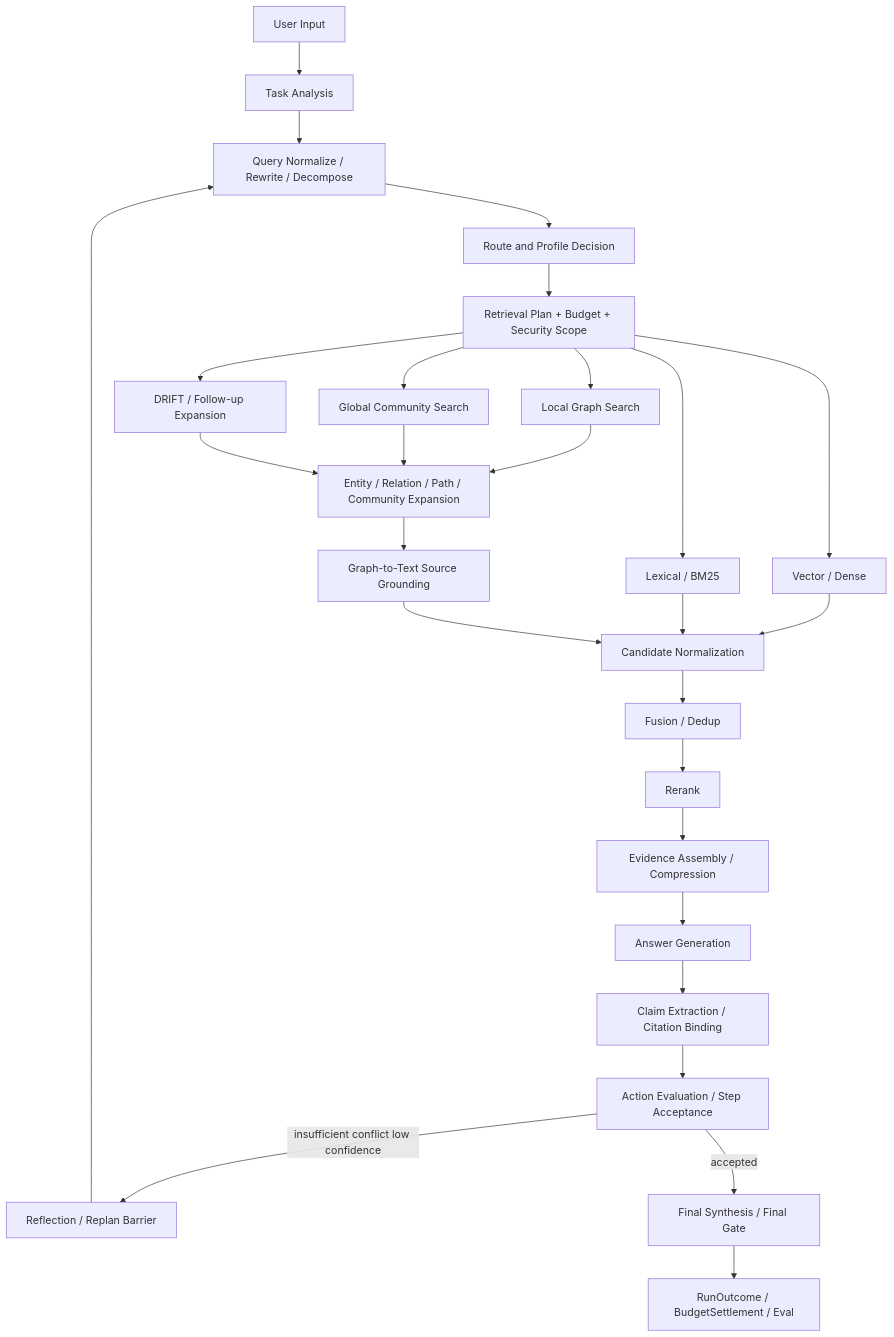
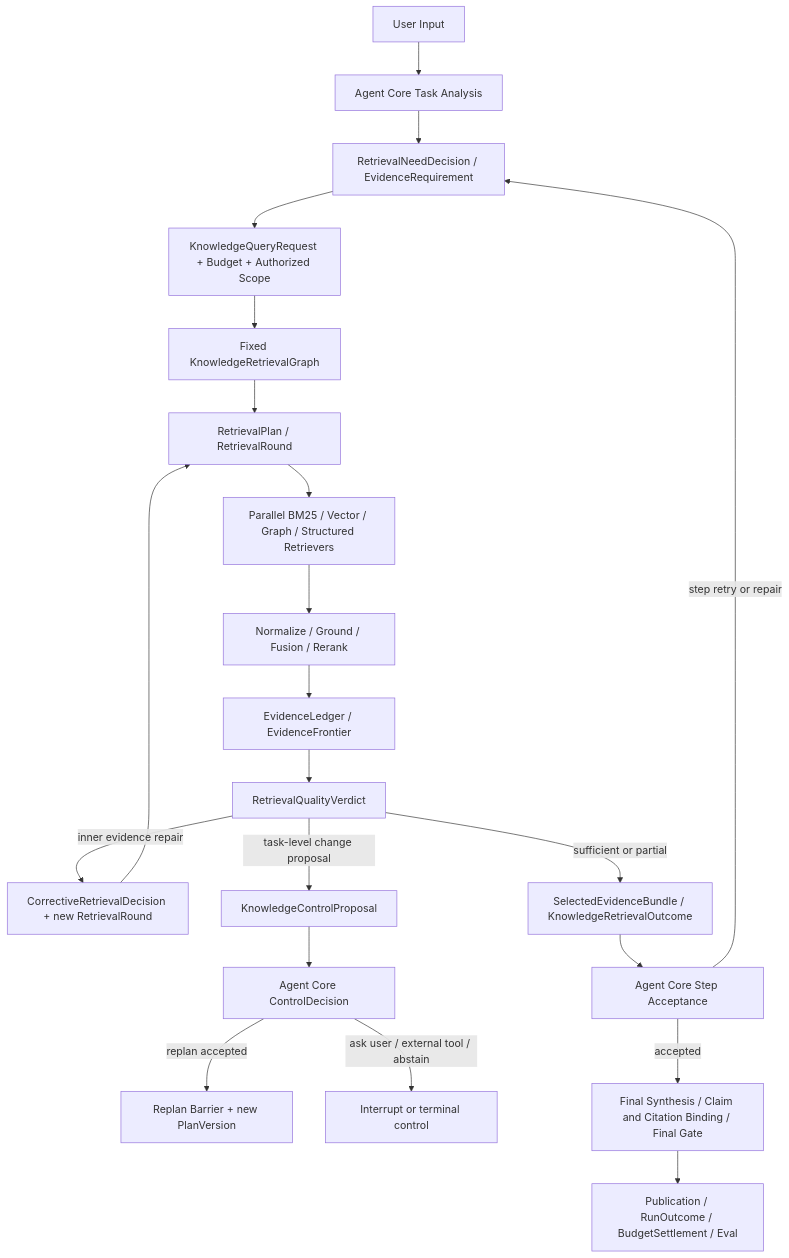
One commit to ProfessorZhi/Zuno changed the second of 2 diagrams in docs/modules/10-observability-eval.md. Above: the diagram before and after it, drawn with Mermaid. The commit also changed other lines of this file and 22 other files, not shown here.

Commit message:
docs: realign total architecture with canonical modules

````diff
--- a/docs/modules/10-observability-eval.md
+++ b/docs/modules/10-observability-eval.md
@@ -305,29 +305,23 @@
 ```mermaid
 flowchart TD
-  A[User Input] --> B[Task Analysis]
-  B --> C[Query Normalize / Rewrite / Decompose]
-  C --> D[Route and Profile Decision]
-  D --> E[Retrieval Plan + Budget + Security Scope]
-  E --> F1[Vector / Dense]
-  E --> F2[Lexical / BM25]
-  E --> F3[Local Graph Search]
-  E --> F4[Global Community Search]
-  E --> F5[DRIFT / Follow-up Expansion]
-  F3 --> G[Entity / Relation / Path / Community Expansion]
-  F4 --> G
-  F5 --> G
-  F1 --> H[Candidate Normalization]
-  F2 --> H
-  G --> I[Graph-to-Text Source Grounding]
-  I --> H
-  H --> J[Fusion / Dedup]
-  J --> K[Rerank]
-  K --> L[Evidence Assembly / Compression]
-  L --> M[Answer Generation]
-  M --> N[Claim Extraction / Citation Binding]
-  N --> O[Action Evaluation / Step Acceptance]
-  O -->|insufficient conflict low confidence| P[Reflection / Replan Barrier]
-  P --> C
-  O -->|accepted| Q[Final Synthesis / Final Gate]
-  Q --> R[RunOutcome / BudgetSettlement / Eval]
+  A[User Input] --> B[Agent Core Task Analysis]
+  B --> C[RetrievalNeedDecision / EvidenceRequirement]
+  C --> D[KnowledgeQueryRequest + Budget + Authorized Scope]
+  D --> E[Fixed KnowledgeRetrievalGraph]
+  E --> F[RetrievalPlan / RetrievalRound]
+  F --> G[Parallel BM25 / Vector / Graph / Structured Retrievers]
+  G --> H[Normalize / Ground / Fusion / Rerank]
+  H --> I[EvidenceLedger / EvidenceFrontier]
+  I --> J[RetrievalQualityVerdict]
+  J -->|inner evidence repair| K[CorrectiveRetrievalDecision + new RetrievalRound]
+  K --> F
+  J -->|sufficient or partial| L[SelectedEvidenceBundle / KnowledgeRetrievalOutcome]
+  J -->|task-level change proposal| M[KnowledgeControlProposal]
+  L --> N[Agent Core Step Acceptance]
+  M --> O[Agent Core ControlDecision]
+  O -->|replan accepted| P[Replan Barrier + new PlanVersion]
+  O -->|ask user / external tool / abstain| Q[Interrupt or terminal control]
+  N -->|accepted| R[Final Synthesis / Claim and Citation Binding / Final Gate]
+  N -->|step retry or repair| C
+  R --> S[Publication / RunOutcome / BudgetSettlement / Eval]
 ```
````
